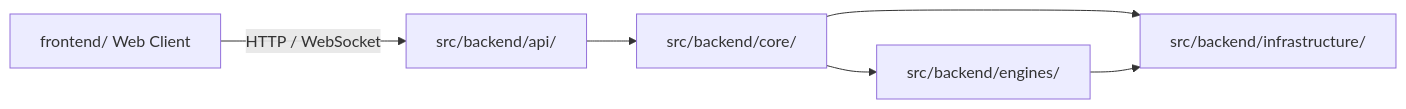
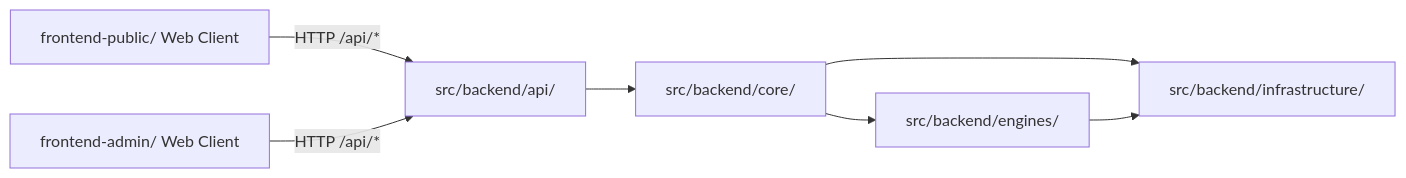
Before and after one commit to zata-zhangtao/keda: the diagram in docs/architecture/frontend-architecture.md, drawn with Mermaid. The commit also changed other lines of this file and 396 other files, not shown here.

````diff
--- a/docs/architecture/frontend-architecture.md
+++ b/docs/architecture/frontend-architecture.md
@@ -111,8 +16,9 @@
 ```mermaid
 flowchart LR
-    Frontend["frontend/ Web Client"] -->|HTTP / WebSocket| Apps["src/backend/api/"]
+    FrontendPublic["frontend-public/ Web Client"] -->|HTTP /api/*| Apps["src/backend/api/"]
+    FrontendAdmin["frontend-admin/ Web Client"] -->|HTTP /api/*| Apps
     Apps --> Core["src/backend/core/"]
     Core --> Capabilities["src/backend/engines/"]
     Core --> Infrastructure["src/backend/infrastructure/"]
     Capabilities --> Infrastructure
 ```
````
